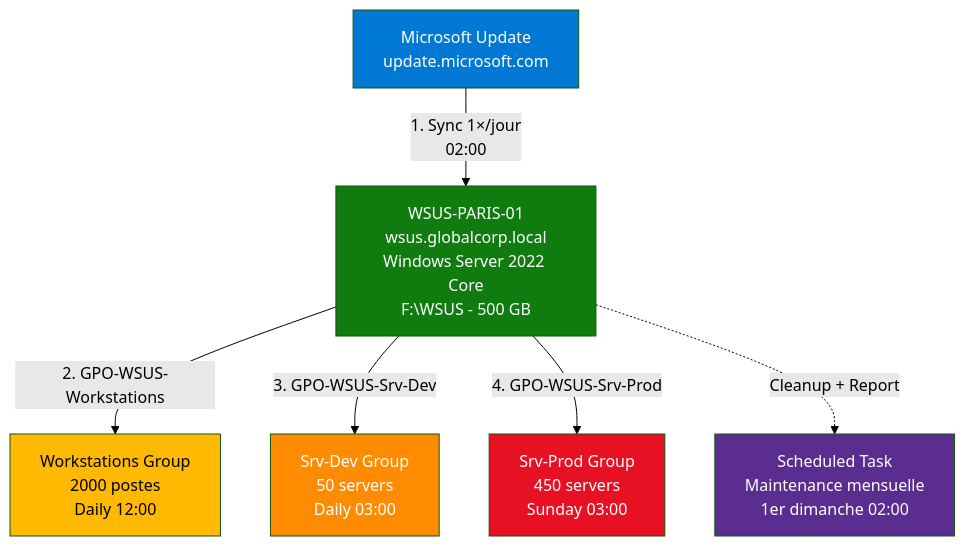
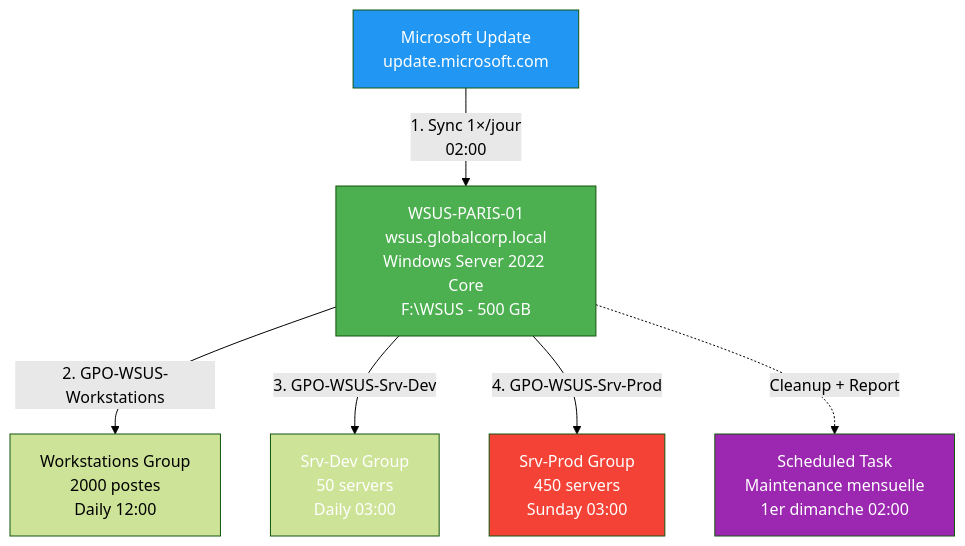
Before and after one commit to VBlackJack/ShellBook: the diagram in docs/formations/windows-patching/05-tp-final.md, drawn with Mermaid (forest theme). The commit also changed 337 other files, not shown here.

First line of the commit message:
refactor(docs): Standardize code blocks and Mermaid colors

````diff
--- a/docs/formations/windows-patching/05-tp-final.md
+++ b/docs/formations/windows-patching/05-tp-final.md
@@ -55,24 +55,24 @@
 ```mermaid
 flowchart TB
     MS[Microsoft Update<br/>update.microsoft.com]
     WSUS[WSUS-PARIS-01<br/>wsus.globalcorp.local<br/>Windows Server 2022 Core<br/>F:\WSUS - 500 GB]
 
     WS[Workstations Group<br/>2000 postes<br/>Daily 12:00]
     DEV[Srv-Dev Group<br/>50 servers<br/>Daily 03:00]
     PROD[Srv-Prod Group<br/>450 servers<br/>Sunday 03:00]
 
     MS -->|1. Sync 1×/jour<br/>02:00| WSUS
     WSUS -->|2. GPO-WSUS-Workstations| WS
     WSUS -->|3. GPO-WSUS-Srv-Dev| DEV
     WSUS -->|4. GPO-WSUS-Srv-Prod| PROD
 
     MAINT[Scheduled Task<br/>Maintenance mensuelle<br/>1er dimanche 02:00]
     WSUS -.->|Cleanup + Report| MAINT
 
-    style MS fill:#0078D4,color:#fff
-    style WSUS fill:#107C10,color:#fff
-    style WS fill:#FFB900,color:#000
-    style DEV fill:#FF8C00,color:#fff
-    style PROD fill:#E81123,color:#fff
-    style MAINT fill:#5C2D91,color:#fff
+    style MS fill:#2196F3,color:#fff
+    style WSUS fill:#4CAF50,color:#fff
+    style WS fill:#FF9800800800,color:#000
+    style DEV fill:#FF9800800800,color:#fff
+    style PROD fill:#f44336,color:#fff
+    style MAINT fill:#9C27B0,color:#fff
 ```
````
